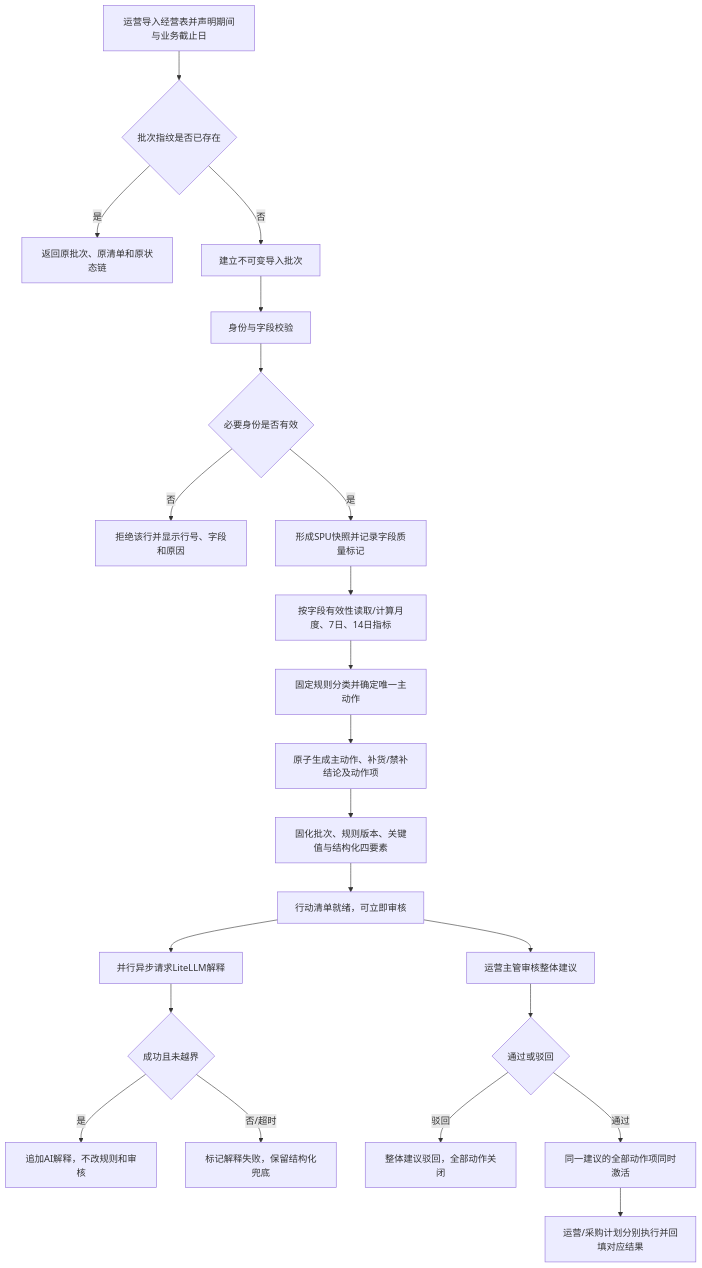
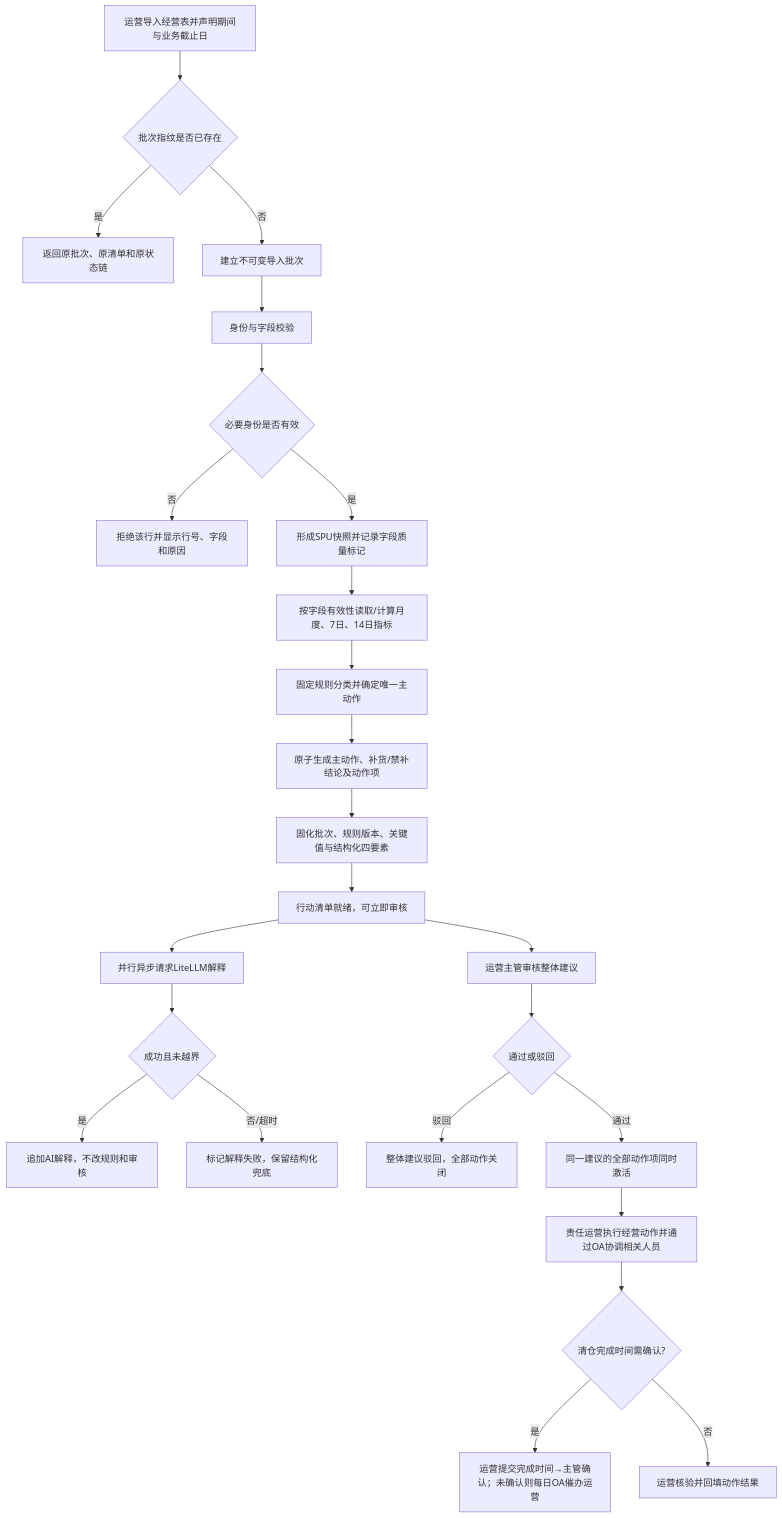
Before and after one commit to johnsonsmilequran/profit-decision-engine: the second of 7 diagrams in 趣然AI商品经营利润决策助手/output/PRD详细版.md, drawn with Mermaid. The commit also changed other lines of this file and 31 other files, not shown here.

````diff
--- a/趣然AI商品经营利润决策助手/output/PRD详细版.md
+++ b/趣然AI商品经营利润决策助手/output/PRD详细版.md
@@ -929,24 +940,27 @@
 ```mermaid
 flowchart TD
     A[运营导入经营表并声明期间与业务截止日] --> B{批次指纹是否已存在}
     B -- 是 --> C[返回原批次、原清单和原状态链]
     B -- 否 --> D[建立不可变导入批次]
     D --> E[身份与字段校验]
     E --> F{必要身份是否有效}
     F -- 否 --> G[拒绝该行并显示行号、字段和原因]
     F -- 是 --> H[形成SPU快照并记录字段质量标记]
     H --> I[按字段有效性读取/计算月度、7日、14日指标]
     I --> J[固定规则分类并确定唯一主动作]
     J --> K[原子生成主动作、补货/禁补结论及动作项]
     K --> L[固化批次、规则版本、关键值与结构化四要素]
     L --> M[行动清单就绪，可立即审核]
     M --> N[运营主管审核整体建议]
     M --> O[并行异步请求LiteLLM解释]
     O --> P{成功且未越界}
     P -- 是 --> Q[追加AI解释，不改规则和审核]
     P -- 否/超时 --> R[标记解释失败，保留结构化兜底]
     N --> S{通过或驳回}
     S -- 驳回 --> T[整体建议驳回，全部动作关闭]
     S -- 通过 --> U[同一建议的全部动作项同时激活]
-    U --> V[运营/采购计划分别执行并回填对应结果]
+    U --> V[责任运营执行经营动作并通过OA协调相关人员]
+    V --> W{清仓完成时间需确认?}
+    W -- 是 --> X[运营提交完成时间→主管确认；未确认则每日OA催办运营]
+    W -- 否 --> Y[运营核验并回填动作结果]
 ```
````
